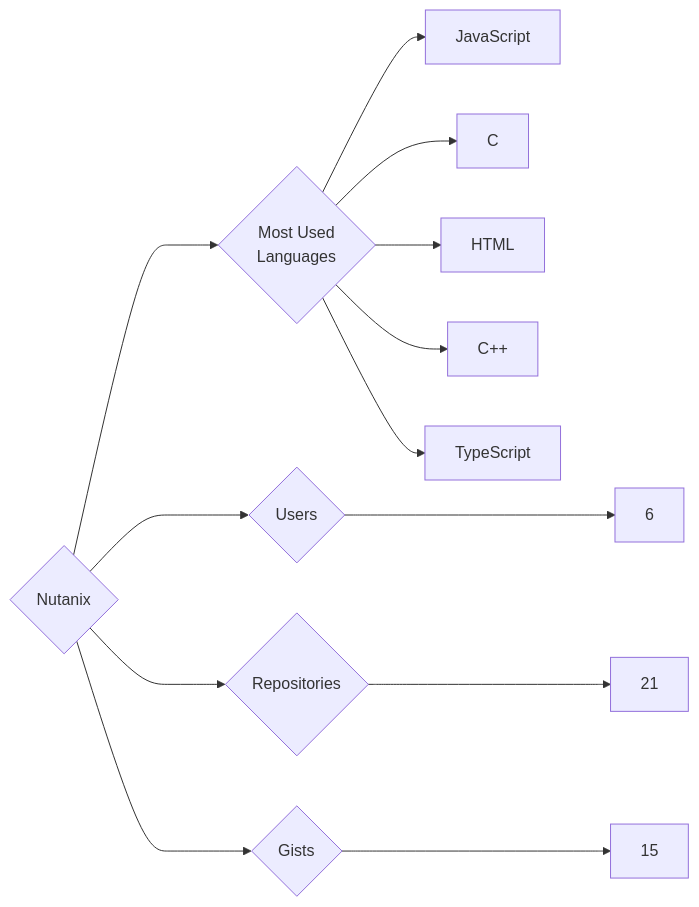
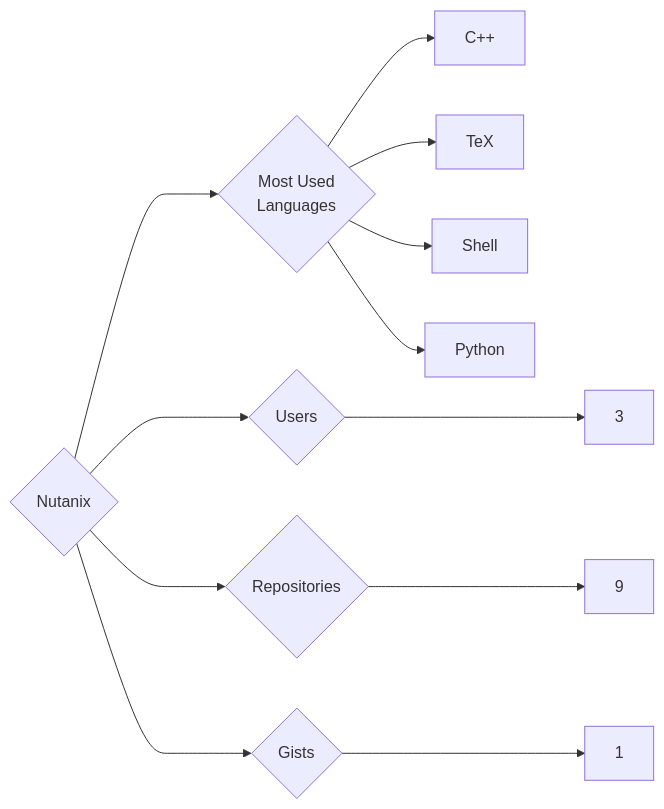
One commit to trickest/insiders changed the diagram in targets/Nutanix/README.md. Above: the diagram before and after it, drawn with Mermaid. The commit also changed 1496 other files, not shown here.

````diff
--- a/targets/Nutanix/README.md
+++ b/targets/Nutanix/README.md
@@ -3,13 +3,12 @@
 ```mermaid
 graph LR
 COMPANY_NAME{Nutanix}
-COMPANY_NAME ---> U{Users} ---> UN[6]
-COMPANY_NAME ---> R{Repositories} ---> RN[21]
-COMPANY_NAME ---> G{Gists} ---> GN[15]
+COMPANY_NAME ---> U{Users} ---> UN[3]
+COMPANY_NAME ---> R{Repositories} ---> RN[9]
+COMPANY_NAME ---> G{Gists} ---> GN[1]
 COMPANY_NAME ---> ML{Most Used<br>Languages}
-ML --> JavaScript[JavaScript]
-ML --> C[C]
-ML --> HTML[HTML]
 ML --> C++[C++]
-ML --> TypeScript[TypeScript]
+ML --> TeX[TeX]
+ML --> Shell[Shell]
+ML --> Python[Python]
 ```
````
